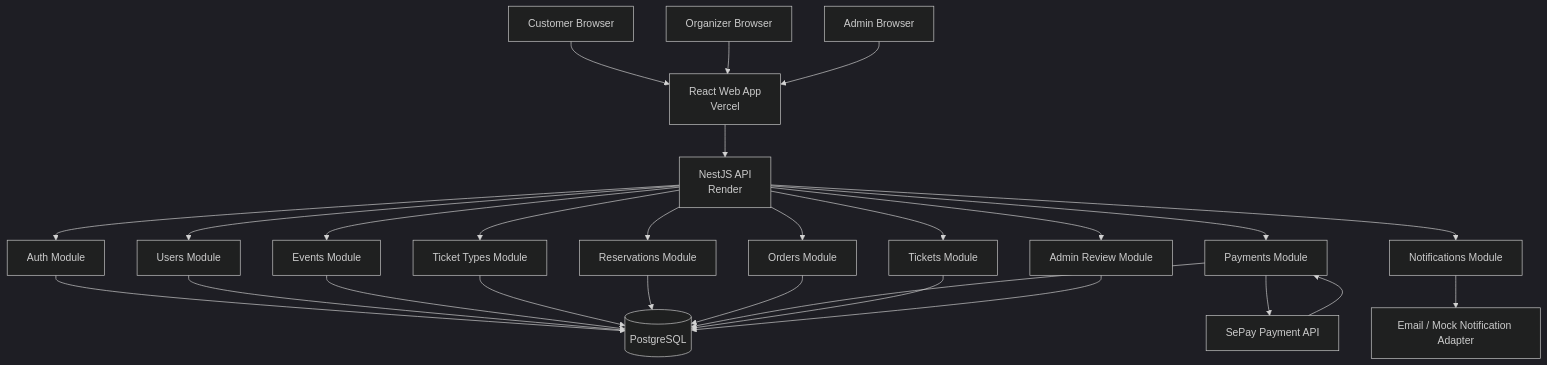
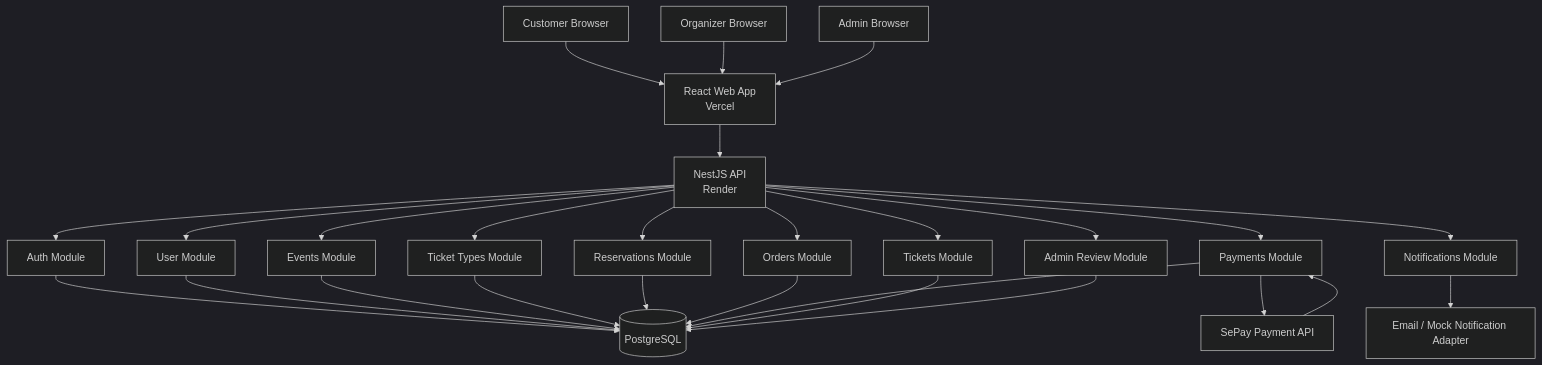
The first of 3 diagrams in docs/backend-architecture.md (leedontbeshy/izTicket), drawn with Mermaid (dark theme) before and after one commit. The commit also changed other lines of this file and 14 other files, not shown here.

Commit message:
refactor(auth): rename UsersModule to UserModule and update related references

````diff
--- a/docs/backend-architecture.md
+++ b/docs/backend-architecture.md
@@ -68,33 +68,33 @@
 ```mermaid
 flowchart TB
     Customer["Customer Browser"] --> Web["React Web App<br/>Vercel"]
     Organizer["Organizer Browser"] --> Web
     Admin["Admin Browser"] --> Web
 
     Web --> API["NestJS API<br/>Render"]
 
     API --> Auth["Auth Module"]
-    API --> Users["Users Module"]
+    API --> User["User Module"]
     API --> Events["Events Module"]
     API --> TicketTypes["Ticket Types Module"]
     API --> Reservations["Reservations Module"]
     API --> Orders["Orders Module"]
     API --> Payments["Payments Module"]
     API --> Tickets["Tickets Module"]
     API --> AdminReview["Admin Review Module"]
     API --> Notifications["Notifications Module"]
 
     Auth --> DB[("PostgreSQL")]
-    Users --> DB
+    User --> DB
     Events --> DB
     TicketTypes --> DB
     Reservations --> DB
     Orders --> DB
     Payments --> DB
     Tickets --> DB
     AdminReview --> DB
 
     Payments --> SePay["SePay Payment API"]
     SePay --> Payments
     Notifications --> Email["Email / Mock Notification Adapter"]
 ```
````
